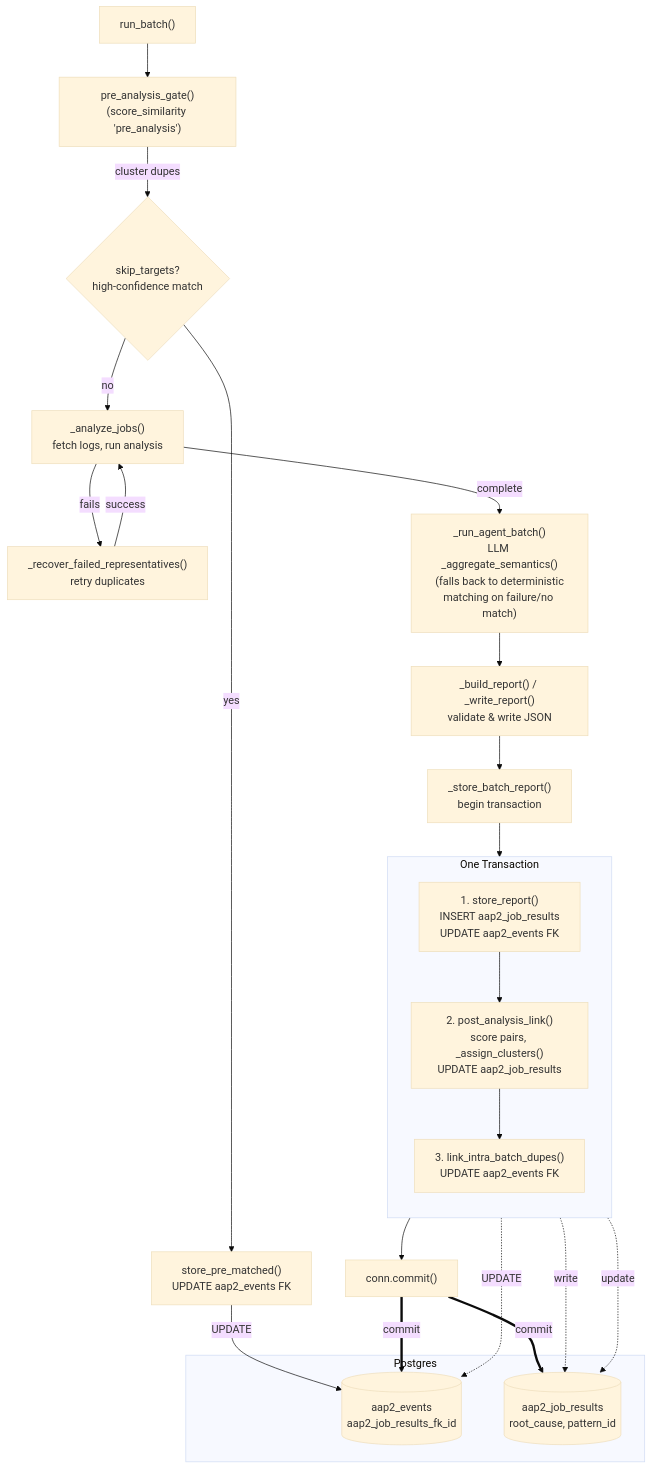
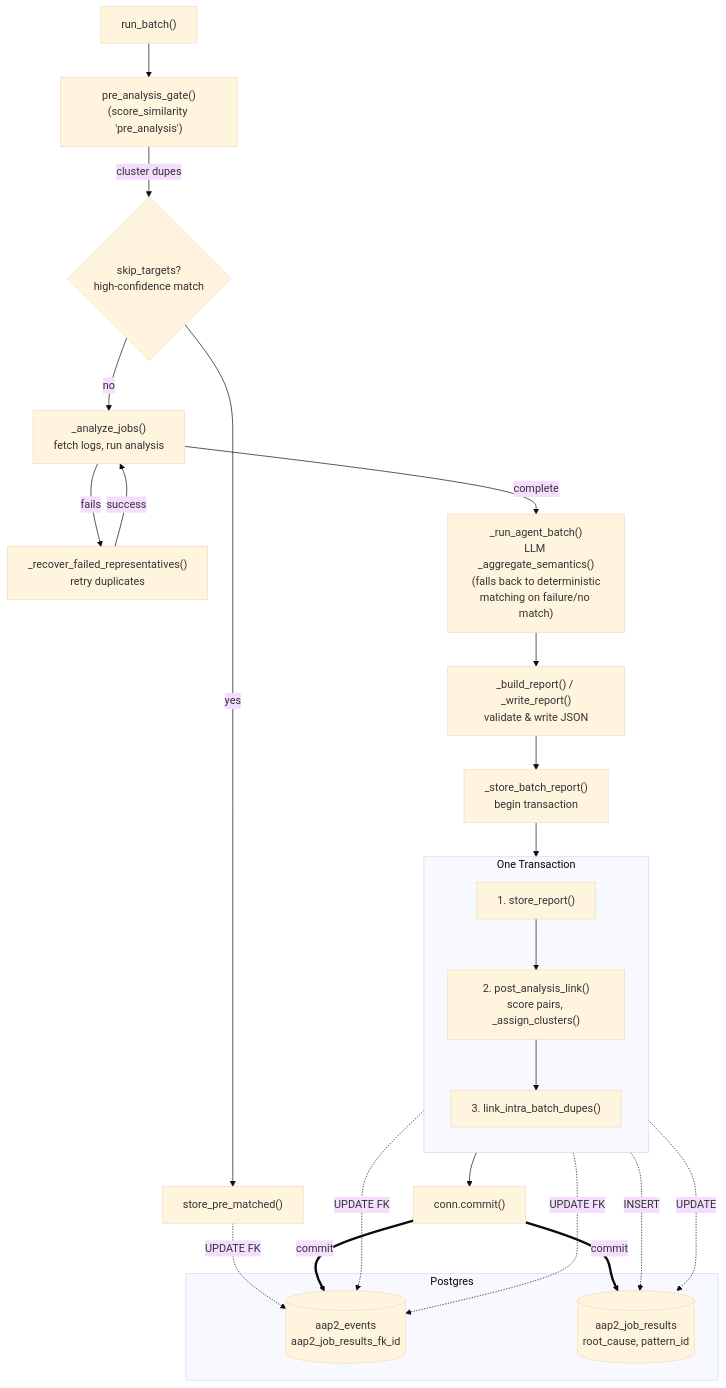
Before and after one commit to Shreyanand/aap2-rca-agent: the diagram in docs/design/batch-pipeline-flow.mmd, drawn with Mermaid (base theme).

Commit message:
Move table names from process-box text to DB arrows
Process boxes (D, J, K, M) now only describe the function/logic they run.
Which table(s) each one touches is shown exclusively via dotted arrows into
the aap2_events/aap2_job_results nodes, labeled with the operation. This
avoids the earlier inconsistency where a box's label named a table but no
arrow reflected it (store_report()'s FK update).

```diff
--- a/docs/design/batch-pipeline-flow.mmd
+++ b/docs/design/batch-pipeline-flow.mmd
@@ -1,54 +1,50 @@
 flowchart TD
     A["run_batch()"] --> B["pre_analysis_gate()
 (score_similarity 'pre_analysis')"]
 
     B -->|cluster dupes| C{"skip_targets?
 high-confidence match"}
-    C -->|yes| D["store_pre_matched()
-UPDATE aap2_events FK"]
+    C -->|yes| D["store_pre_matched()"]
     C -->|no| E["_analyze_jobs()
 fetch logs, run analysis"]
 
     E -->|fails| F["_recover_failed_representatives()
 retry duplicates"]
     F -->|success| E
     E -->|complete| G["_run_agent_batch()
 LLM _aggregate_semantics()
 (falls back to deterministic
 matching on failure/no match)"]
 
     G --> H["_build_report() / _write_report()
 validate & write JSON"]
 
     H --> I["_store_batch_report()
 begin transaction"]
 
     subgraph TXN["One Transaction"]
         direction TB
-        J["1. store_report()
-INSERT aap2_job_results
-UPDATE aap2_events FK"]
+        J["1. store_report()"]
         K["2. post_analysis_link()
-score pairs, _assign_clusters()
-UPDATE aap2_job_results"]
-        M["3. link_intra_batch_dupes()
-UPDATE aap2_events FK"]
+score pairs, _assign_clusters()"]
+        M["3. link_intra_batch_dupes()"]
         J --> K --> M
     end
 
     I --> J
     M --> Z["conn.commit()"]
 
     subgraph DB["Postgres"]
         S[("aap2_events
 aap2_job_results_fk_id")]
         R[("aap2_job_results
 root_cause, pattern_id")]
     end
 
-    D -->|"UPDATE"| S
-    J -.->|"write"| R
-    K -.->|"update"| R
-    M -.->|"UPDATE"| S
+    D -.->|"UPDATE FK"| S
+    J -.->|"INSERT"| R
+    J -.->|"UPDATE FK"| S
+    K -.->|"UPDATE"| R
+    M -.->|"UPDATE FK"| S
     Z ==>|"commit"| S
     Z ==>|"commit"| R
```
